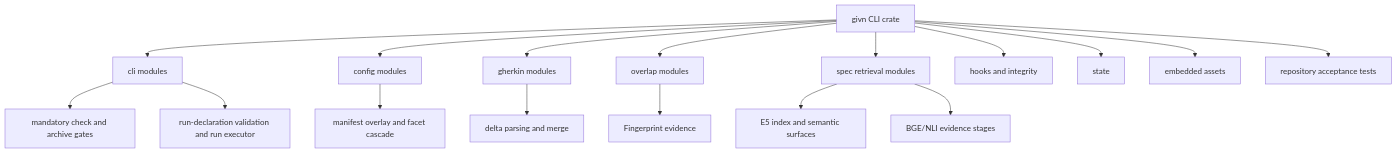
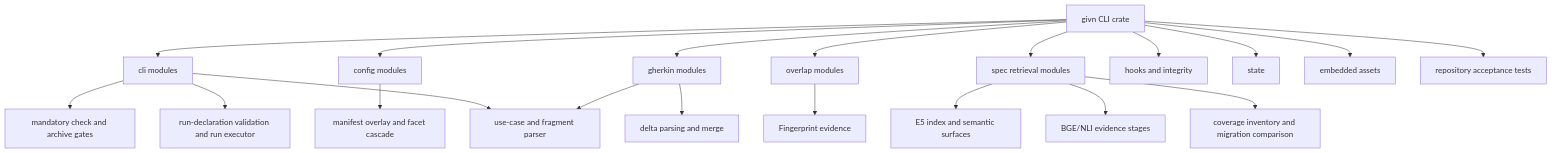
The diagram in docs/arc42/05-building-block-view.md (buster/givn), drawn with Mermaid before and after one commit. The commit also changed other lines of this file and 149 other files, not shown here.

````diff
--- a/docs/arc42/05-building-block-view.md
+++ b/docs/arc42/05-building-block-view.md
@@ -13,19 +13,22 @@
 ```mermaid
 flowchart TD
     G[givn CLI crate] --> CLI[cli modules]
     G --> CFG[config modules]
     G --> GH[gherkin modules]
     G --> O[overlap modules]
     G --> SPEC[spec retrieval modules]
     G --> HOOK[hooks and integrity]
     G --> STATE[state]
     G --> ASSET[embedded assets]
     G --> TEST[repository acceptance tests]
     CLI --> CHECK[mandatory check and archive gates]
     CLI --> RUNBLK[run-declaration validation and run executor]
     CFG --> GRAPH[manifest overlay and facet cascade]
     GH --> MERGE[delta parsing and merge]
     O --> FINGER[Fingerprint evidence]
     SPEC --> E5[E5 index and semantic surfaces]
     SPEC --> STAGE[BGE/NLI evidence stages]
+    GH --> UC[use-case and fragment parser]
+    SPEC --> COV[coverage inventory and migration comparison]
+    CLI --> UC
 ```
````
